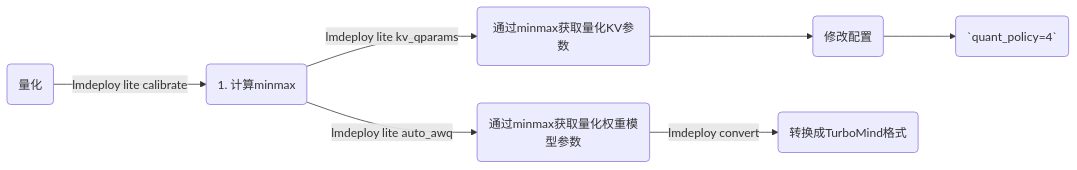
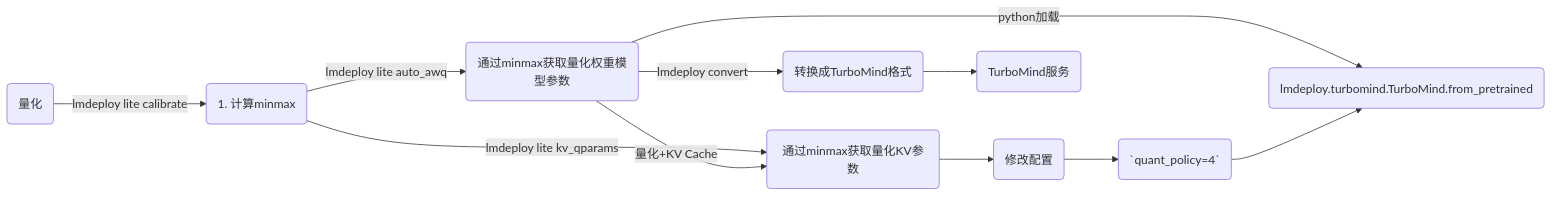
Before and after one commit to scchy/My_Learn: the first of 2 diagrams in LLM_prime/5_InternLM_Imdeploy_doc.md, drawn with Mermaid. The commit also changed 3 other files, not shown here.

````diff
--- a/LLM_prime/5_InternLM_Imdeploy_doc.md
+++ b/LLM_prime/5_InternLM_Imdeploy_doc.md
@@ -334,11 +334,17 @@
 ```mermaid
 graph LR
 
 A(量化) -->|lmdeploy lite calibrate|B(1. 计算minmax)
 
 B-->|lmdeploy lite kv_qparams|KC(通过minmax获取量化KV参数)
 KC --> KD(修改配置) --> KE(`quant_policy=4`)
 B-->|lmdeploy lite auto_awq|WC(通过minmax获取量化权重模型参数)
-WC -->|lmdeploy convert|WD(转换成TurboMind格式)
+WC -->|lmdeploy convert|WD(转换成TurboMind格式) --> WX(TurboMind服务)
+
+WC -->|python加载|WE(lmdeploy.turbomind.TurboMind.from_pretrained)
+WC -->|量化+KV Cache|KC
+
+
+KE --> WE
 
 ```
````
